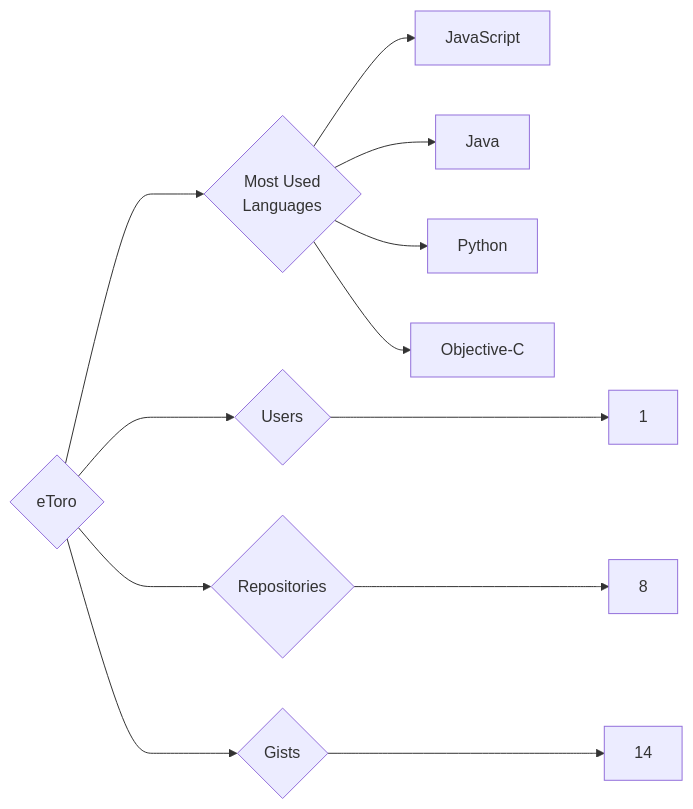
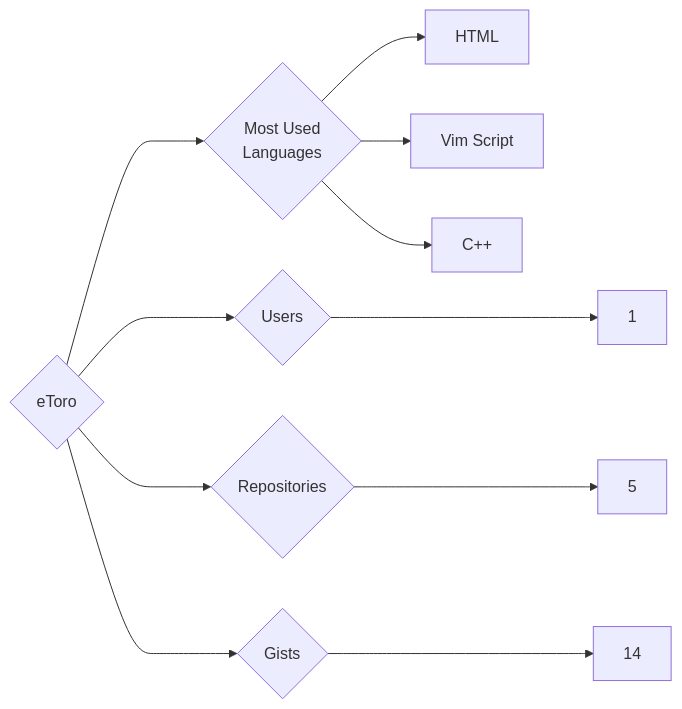
Before and after one commit to trickest/insiders: the diagram in targets/eToro/README.md, drawn with Mermaid. The commit also changed 1120 other files, not shown here.

````diff
--- a/targets/eToro/README.md
+++ b/targets/eToro/README.md
@@ -3,12 +3,11 @@
 ```mermaid
 graph LR
 COMPANY_NAME{eToro}
 COMPANY_NAME ---> U{Users} ---> UN[1]
-COMPANY_NAME ---> R{Repositories} ---> RN[8]
+COMPANY_NAME ---> R{Repositories} ---> RN[5]
 COMPANY_NAME ---> G{Gists} ---> GN[14]
 COMPANY_NAME ---> ML{Most Used<br>Languages}
-ML --> JavaScript[JavaScript]
-ML --> Java[Java]
-ML --> Python[Python]
-ML --> Objective-C[Objective-C]
+ML --> HTML[HTML]
+ML --> Vim_Script[Vim Script]
+ML --> C++[C++]
 ```
````
